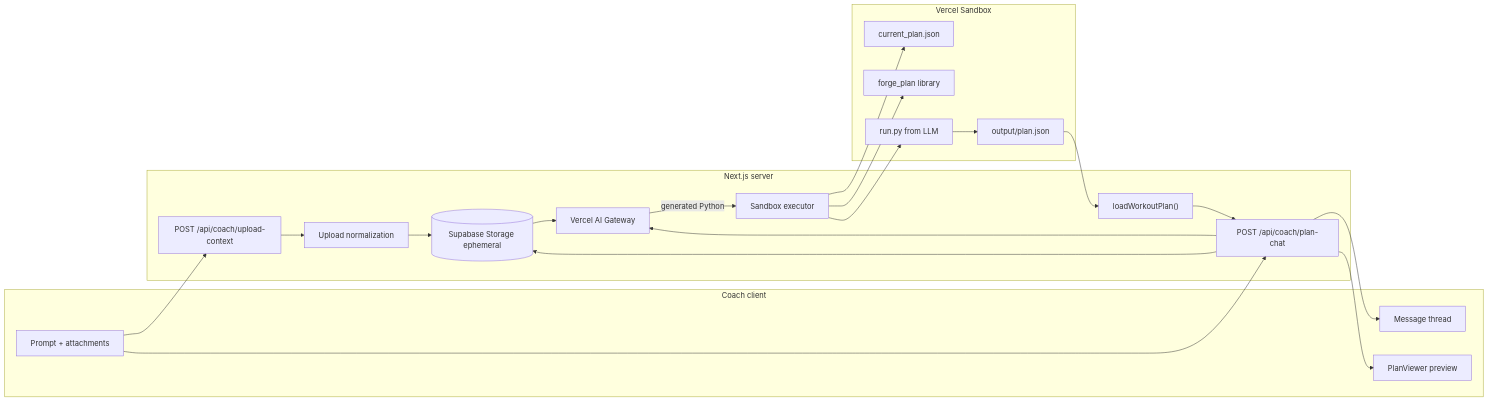
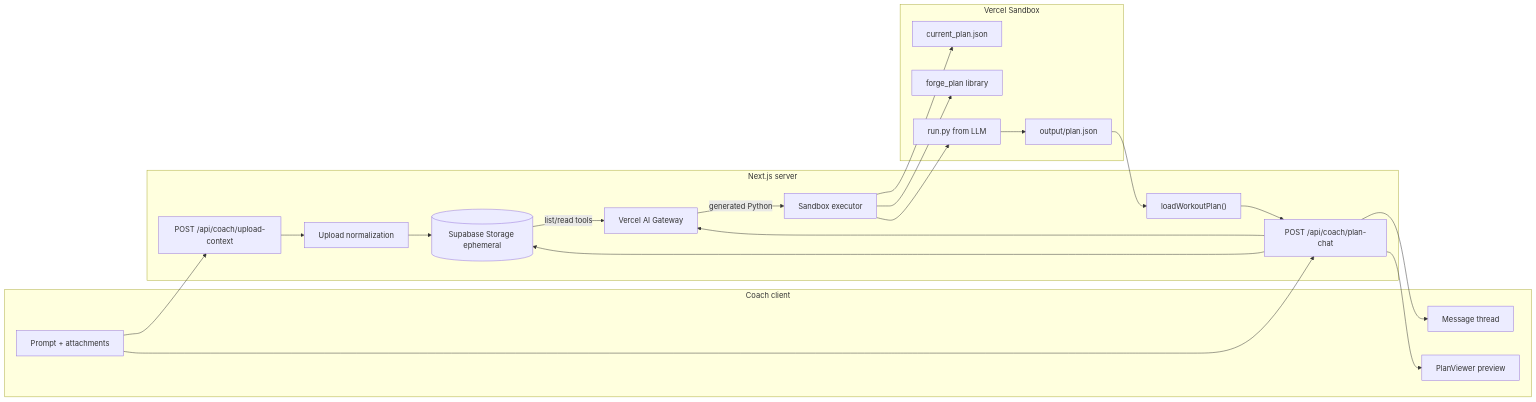
One commit to turnsy/forge2 changed the diagram in docs/plan-generation/overview.md. Above: the diagram before and after it, drawn with Mermaid. The commit also changed other lines of this file and 30 other files, not shown here.

First line of the commit message:
Phase 2 revision: all XLSX sheets per draft + docs for list/read tools (#18)

````diff
--- a/docs/plan-generation/overview.md
+++ b/docs/plan-generation/overview.md
@@ -7,42 +7,42 @@
 ```mermaid
 flowchart LR
   subgraph client [Coach client]
     Composer[Prompt + attachments]
     Thread[Message thread]
     Preview[PlanViewer preview]
   end
 
   subgraph server [Next.js server]
     API["POST /api/coach/plan-chat"]
     UploadAPI["POST /api/coach/upload-context"]
     Storage[(Supabase Storage ephemeral)]
     Normalize[Upload normalization]
     Gateway[Vercel AI Gateway]
     SandboxRunner[Sandbox executor]
     Validate["loadWorkoutPlan()"]
   end
 
   subgraph sandbox [Vercel Sandbox]
     Seed[current_plan.json]
     Builder[forge_plan library]
     Script[run.py from LLM]
     Out[output/plan.json]
   end
 
   Composer --> UploadAPI
   UploadAPI --> Normalize
   Normalize --> Storage
   Composer --> API
   API --> Storage
-  Storage --> Gateway
+  Storage -->|list/read tools| Gateway
   API --> Gateway
   Gateway -->|generated Python| SandboxRunner
   SandboxRunner --> Seed
   SandboxRunner --> Builder
   SandboxRunner --> Script
   Script --> Out
   Out --> Validate
   Validate --> API
   API --> Thread
   API --> Preview
 ```
````
